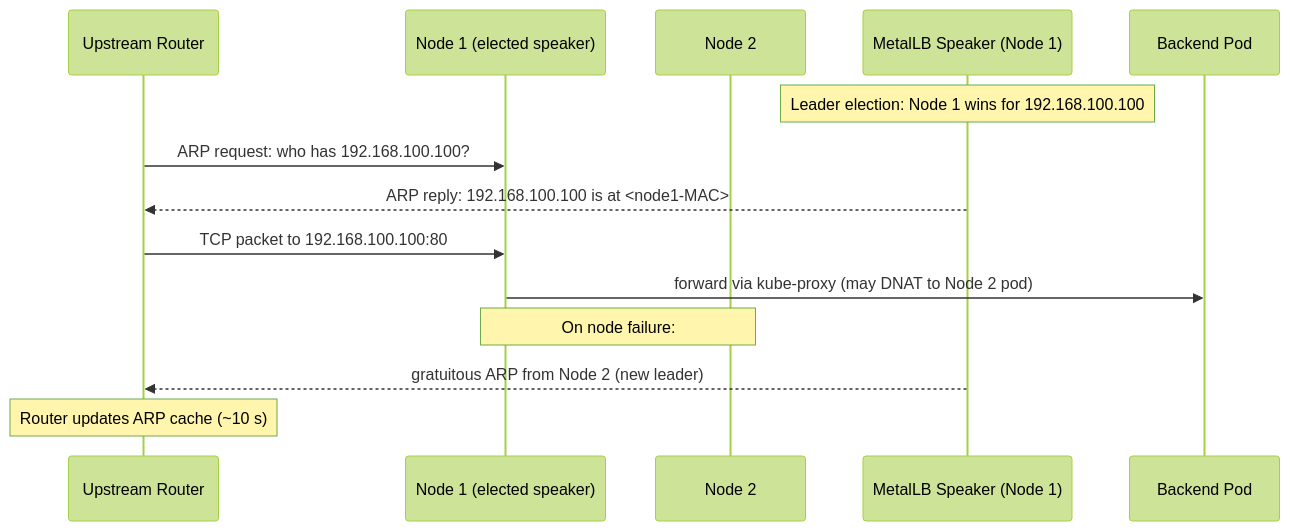
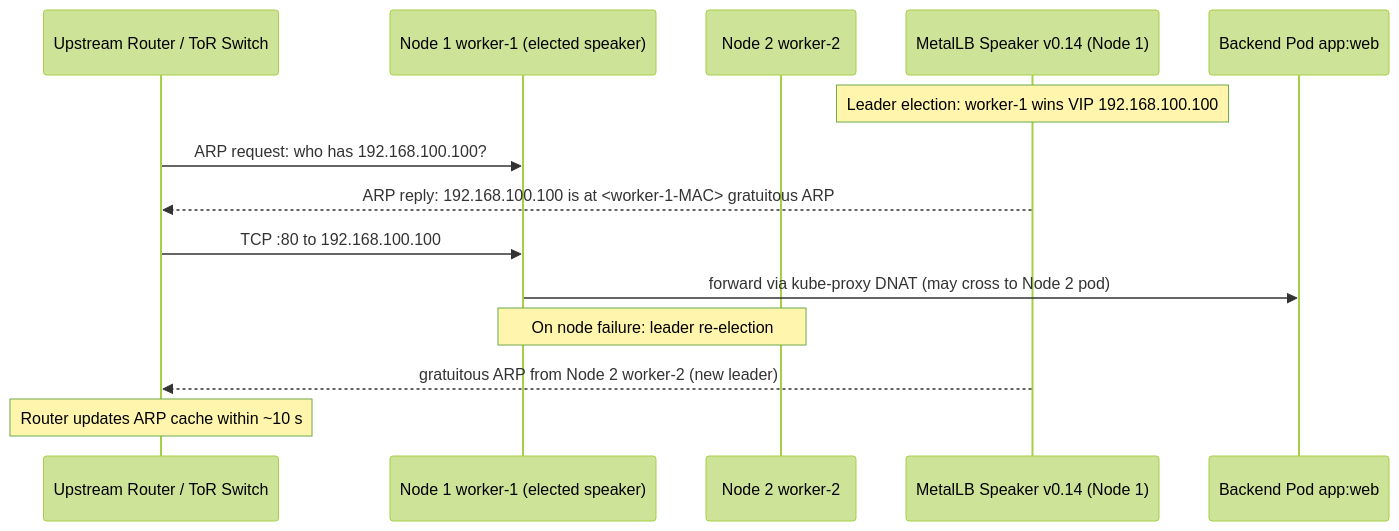
The second of 2 diagrams in lessons/19-metallb-kube-vip.md (MykolaLebid/Kubernetes_networking_engineering), drawn with Mermaid (forest theme) before and after one commit. The commit also changed other lines of this file and 35 other files, not shown here.

First line of the commit message:
Restructure all 34 lessons: Theory/Practice split, richer diagrams, industry examples, navigation

````diff
--- a/lessons/19-metallb-kube-vip.md
+++ b/lessons/19-metallb-kube-vip.md
@@ -107,19 +74,19 @@
 ```mermaid
 sequenceDiagram
-    participant Router as Upstream Router
-    participant Node1 as Node 1 (elected speaker)
-    participant Node2 as Node 2
-    participant Spk as MetalLB Speaker (Node 1)
-    participant Pod as Backend Pod
+    participant Router as Upstream Router / ToR Switch
+    participant Node1 as Node 1 worker-1 (elected speaker)
+    participant Node2 as Node 2 worker-2
+    participant Spk as MetalLB Speaker v0.14 (Node 1)
+    participant Pod as Backend Pod app:web
 
-    Note over Spk: Leader election: Node 1 wins for 192.168.100.100
+    Note over Spk: Leader election: worker-1 wins VIP 192.168.100.100
 
     Router->>Node1: ARP request: who has 192.168.100.100?
-    Spk-->>Router: ARP reply: 192.168.100.100 is at <node1-MAC>
-    Router->>Node1: TCP packet to 192.168.100.100:80
-    Node1->>Pod: forward via kube-proxy (may DNAT to Node 2 pod)
+    Spk-->>Router: ARP reply: 192.168.100.100 is at <worker-1-MAC> gratuitous ARP
+    Router->>Node1: TCP :80 to 192.168.100.100
+    Node1->>Pod: forward via kube-proxy DNAT (may cross to Node 2 pod)
 
-    Note over Node1,Node2: On node failure:
-    Spk-->>Router: gratuitous ARP from Node 2 (new leader)
-    Note over Router: Router updates ARP cache (~10 s)
+    Note over Node1,Node2: On node failure: leader re-election
+    Spk-->>Router: gratuitous ARP from Node 2 worker-2 (new leader)
+    Note over Router: Router updates ARP cache within ~10 s
 ```
````
